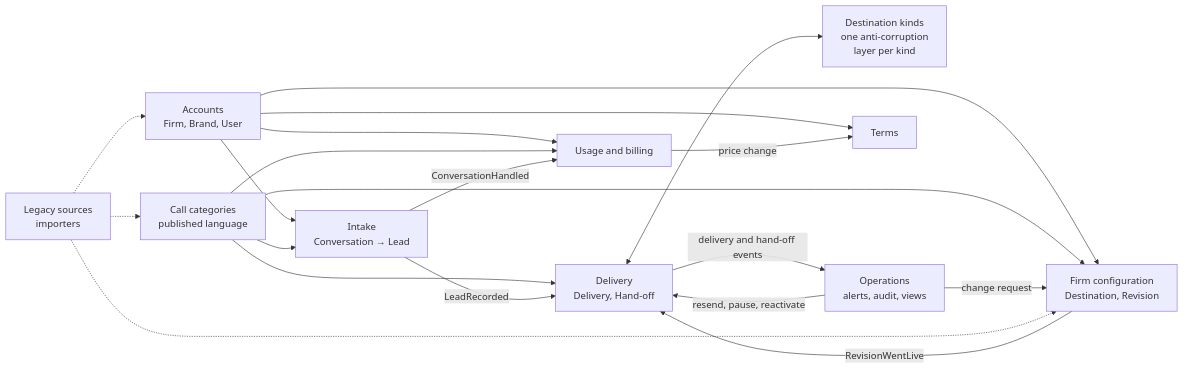
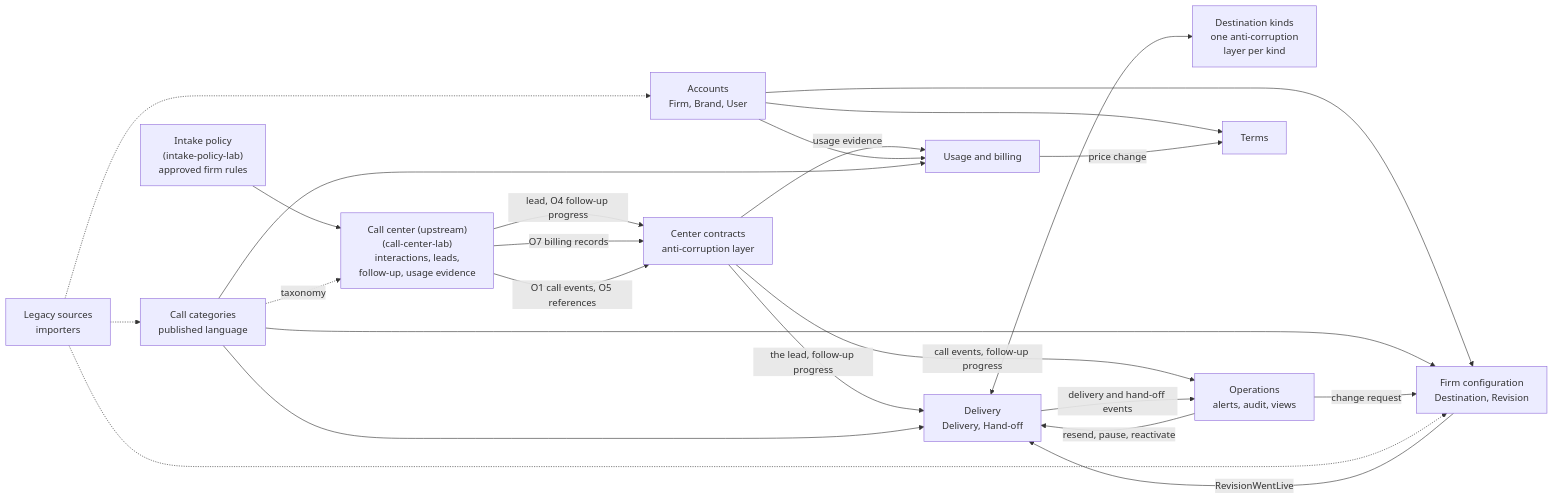
One commit to cthomas76c5h/leads-integration changed the first of 2 diagrams in docs/rfc/007_domain_model_and_build_order.md. Above: the diagram before and after it, drawn with Mermaid. The commit also changed other lines of this file and 40 other files, not shown here.

````diff
--- a/docs/rfc/007_domain_model_and_build_order.md
+++ b/docs/rfc/007_domain_model_and_build_order.md
@@ -110,25 +126,33 @@
 ```mermaid
 flowchart LR
+  POL["Intake policy<br/>(intake-policy-lab)<br/>approved firm rules"]
+  CC["Call center (upstream)<br/>(call-center-lab)<br/>interactions, leads,<br/>follow-up, usage evidence"]
+  ACL["Center contracts<br/>anti-corruption layer"]
   ACC["Accounts<br/>Firm, Brand, User"]
   CAT["Call categories<br/>published language"]
-  INT["Intake<br/>Conversation → Lead"]
   CFG["Firm configuration<br/>Destination, Revision"]
   DEL["Delivery<br/>Delivery, Hand-off"]
   KND["Destination kinds<br/>one anti-corruption<br/>layer per kind"]
   OPS["Operations<br/>alerts, audit, views"]
   USE["Usage and billing"]
   TOS["Terms"]
   LEG["Legacy sources<br/>importers"]
 
-  ACC --> INT & CFG & USE & TOS
-  CAT --> INT & CFG & DEL & USE
-  INT -- "LeadRecorded" --> DEL
-  INT -- "ConversationHandled" --> USE
+  POL --> CC
+  CAT -. "taxonomy" .-> CC
+  CC -- "lead, O4 follow-up progress" --> ACL
+  CC -- "O7 billing records" --> ACL
+  CC -- "O1 call events, O5 references" --> ACL
+  ACL -- "the lead, follow-up progress" --> DEL
+  ACL -- "usage evidence" --> USE
+  ACL -- "call events, follow-up progress" --> OPS
+  ACC --> CFG & USE & TOS
+  CAT --> CFG & DEL & USE
   CFG -- "RevisionWentLive" --> DEL
   DEL <--> KND
   DEL -- "delivery and hand-off events" --> OPS
   OPS -- "resend, pause, reactivate" --> DEL
   OPS -- "change request" --> CFG
   USE -- "price change" --> TOS
   LEG -.-> ACC & CFG & CAT
 ```
````
